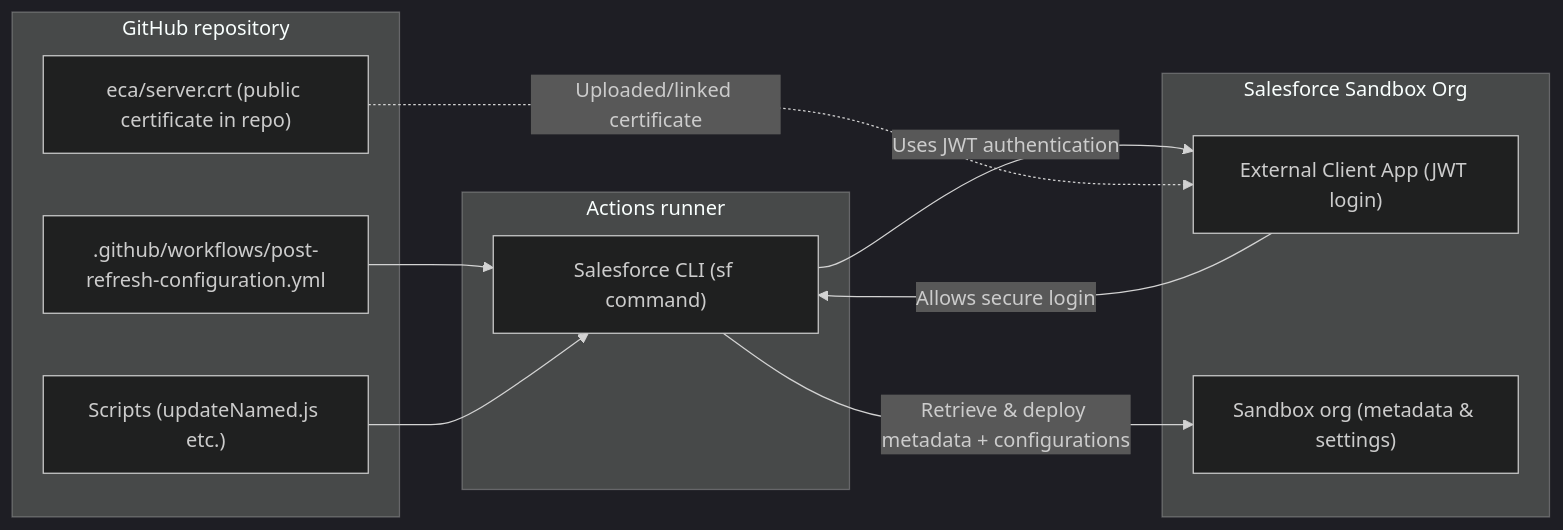
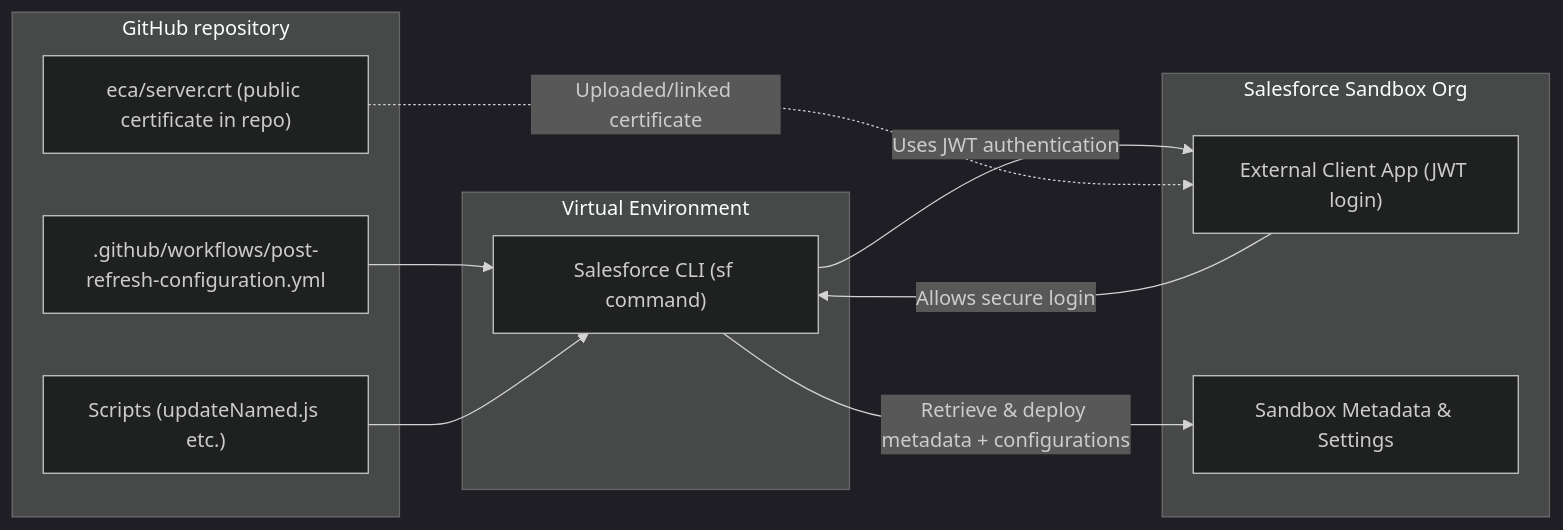
Before and after one commit to vanshniza-ai/test-setup: the first of 2 diagrams in testsetup.md, drawn with Mermaid (dark theme). The commit also changed other lines of this file, not shown here.

````diff
--- a/testsetup.md
+++ b/testsetup.md
@@ -11,24 +11,24 @@
 ```mermaid
 flowchart LR
   subgraph GitHub["GitHub repository"]
     W[".github/workflows/post-refresh-configuration.yml"]
     S["Scripts (updateNamed.js etc.)"]
     C["eca/server.crt (public certificate in repo)"]
   end
 
-  subgraph Run["Actions runner"]
+  subgraph Run["Virtual Environment"]
     SF["Salesforce CLI (sf command)"]
   end
 
   subgraph SFDC["Salesforce Sandbox Org"]
     ECA["External Client App (JWT login)"]
-    ORG["Sandbox org (metadata & settings)"]
+    ORG["Sandbox Metadata & Settings"]
   end
 
   W --> SF
   S --> SF
   SF -->|"Uses JWT authentication"| ECA
   ECA -->|"Allows secure login"| SF
   SF -->|"Retrieve & deploy metadata + configurations"| ORG
   C -.->|"Uploaded/linked certificate"| ECA
 ```
````
